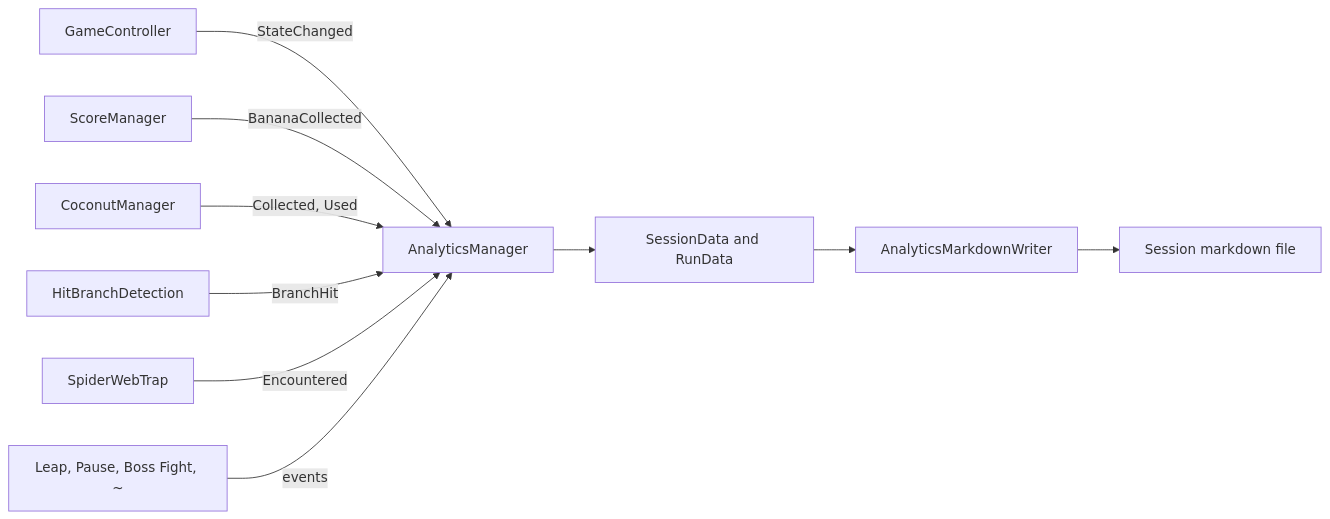
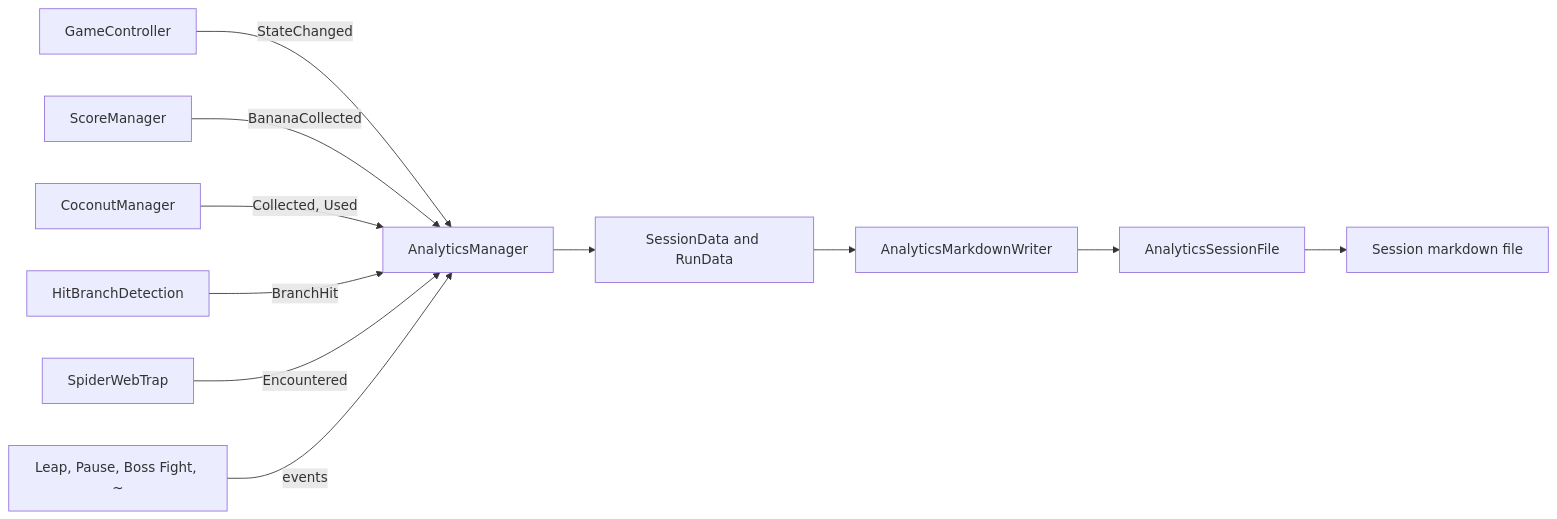
One commit to CSCI-526/Team4-Lu_Lu changed the diagram in docs/analytics-doc.md. Above: the diagram before and after it, drawn with Mermaid. The commit also changed other lines of this file and 13 other files, not shown here.

````diff
--- a/docs/analytics-doc.md
+++ b/docs/analytics-doc.md
@@ -13,12 +13,13 @@
 ```mermaid
 graph LR
   Game[GameController] -->|StateChanged| AM[AnalyticsManager]
   Score[ScoreManager] -->|BananaCollected| AM
   Coconut[CoconutManager] -->|Collected, Used| AM
   Hit[HitBranchDetection] -->|BranchHit| AM
   Web[SpiderWebTrap] -->|Encountered| AM
   More[Leap, Pause, Boss Fight, ~] -->|events| AM
   AM --> Data[SessionData and RunData]
   Data --> Writer[AnalyticsMarkdownWriter]
-  Writer --> File[Session markdown file]
+  Writer --> SF[AnalyticsSessionFile]
+  SF --> File[Session markdown file]
 ```
````
